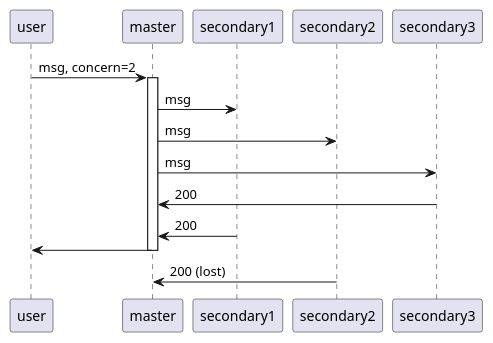
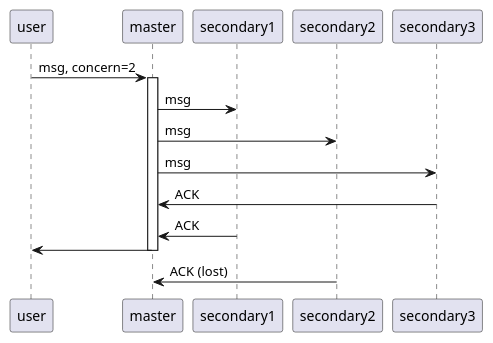
Before and after one commit to aramattamara/uku_replicated_log: the diagram in t.plantuml, drawn with PlantUML. The commit also changed 5 other files, not shown here.

```diff
--- a/t.plantuml
+++ b/t.plantuml
@@ -1,21 +1,18 @@
 @startuml
 user -> master: msg, concern=2
 
 activate master
 master -> secondary1: msg
 master -> secondary2: msg
 master -> secondary3: msg
 
 'as_completed
-
-master <- secondary3 : 200
-master <- secondary1 : 200
+master <- secondary3 : ACK
+master <- secondary1 : ACK
 
 '2 responses received, concern=2, returning
 user  <- master
 deactivate master
 
-master <- secondary2 : 200 (lost)
-
-
+master <- secondary2 : ACK (lost)
 @enduml
```
